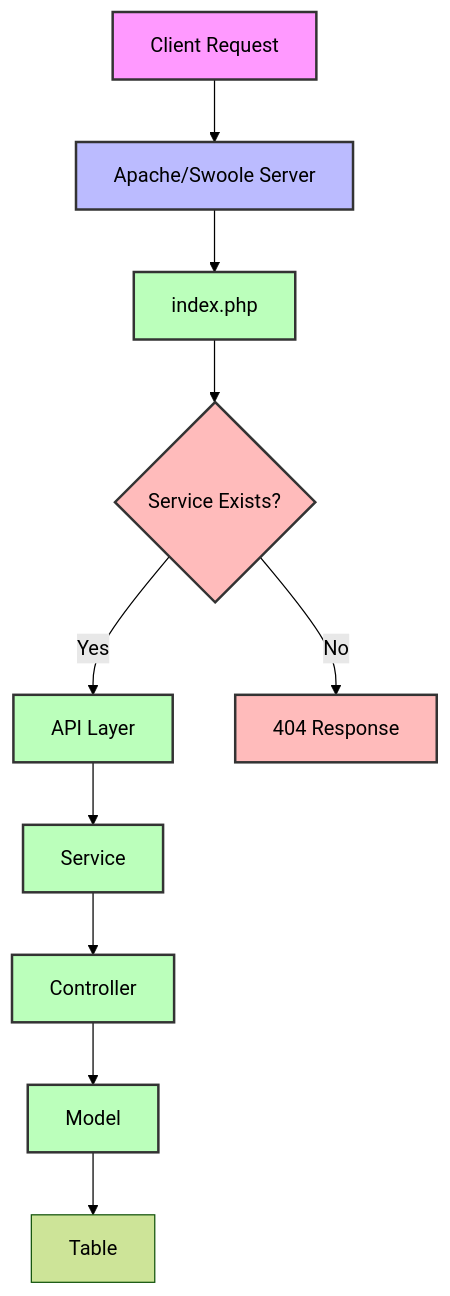
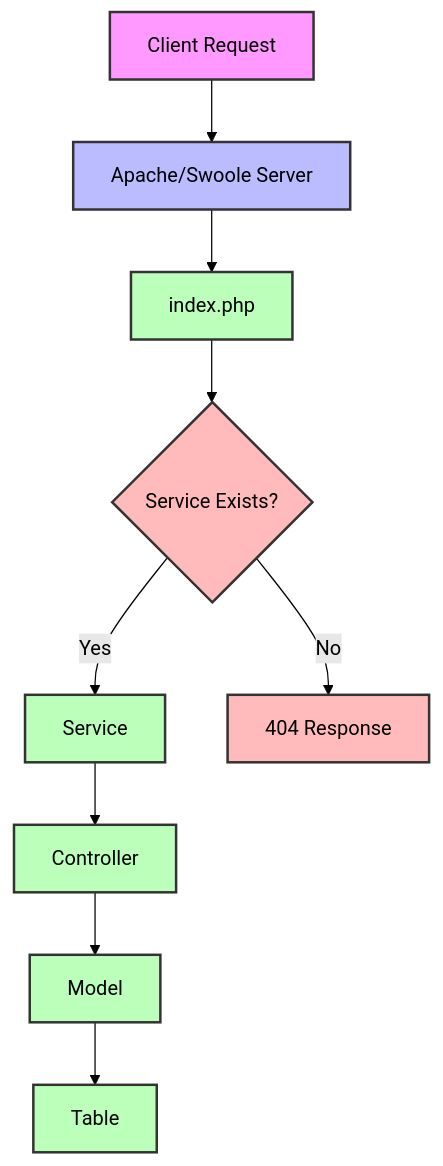
One commit to secure73/gemvc changed the diagram in README.md. Above: the diagram before and after it, drawn with Mermaid (forest theme). The commit also changed other lines of this file, not shown here.

````diff
--- a/README.md
+++ b/README.md
@@ -34,22 +34,21 @@
 ```mermaid
 graph TD
     A[Client Request] --> B[Apache/Swoole Server]
     B --> C[index.php]
     C --> D{Service Exists?}
-    D -->|Yes| E[API Layer]
+    D -->|Yes| G[Service]
     D -->|No| F[404 Response]
-    E --> G[Service]
     G --> H[Controller]
     H --> I[Model]
     I --> J[Table]
     
     style A fill:#f9f,stroke:#333,stroke-width:2px
     style B fill:#bbf,stroke:#333,stroke-width:2px
     style C fill:#bfb,stroke:#333,stroke-width:2px
     style D fill:#fbb,stroke:#333,stroke-width:2px
-    style E fill:#bfb,stroke:#333,stroke-width:2px
     style F fill:#fbb,stroke:#333,stroke-width:2px
     style G fill:#bfb,stroke:#333,stroke-width:2px
     style H fill:#bfb,stroke:#333,stroke-width:2px
     style I fill:#bfb,stroke:#333,stroke-width:2px
+    style J fill:#bfb,stroke:#333,stroke-width:2px
 ```
````
